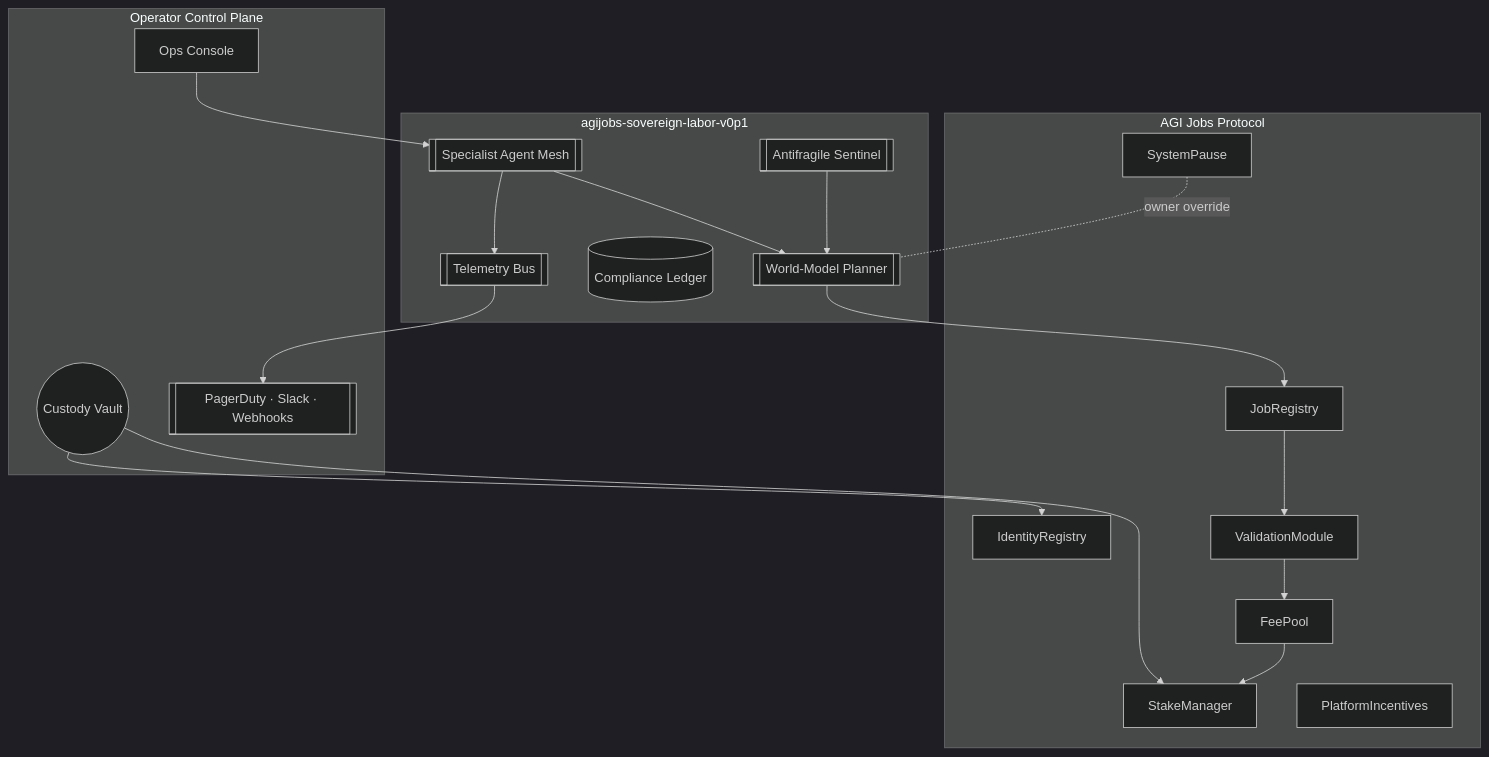
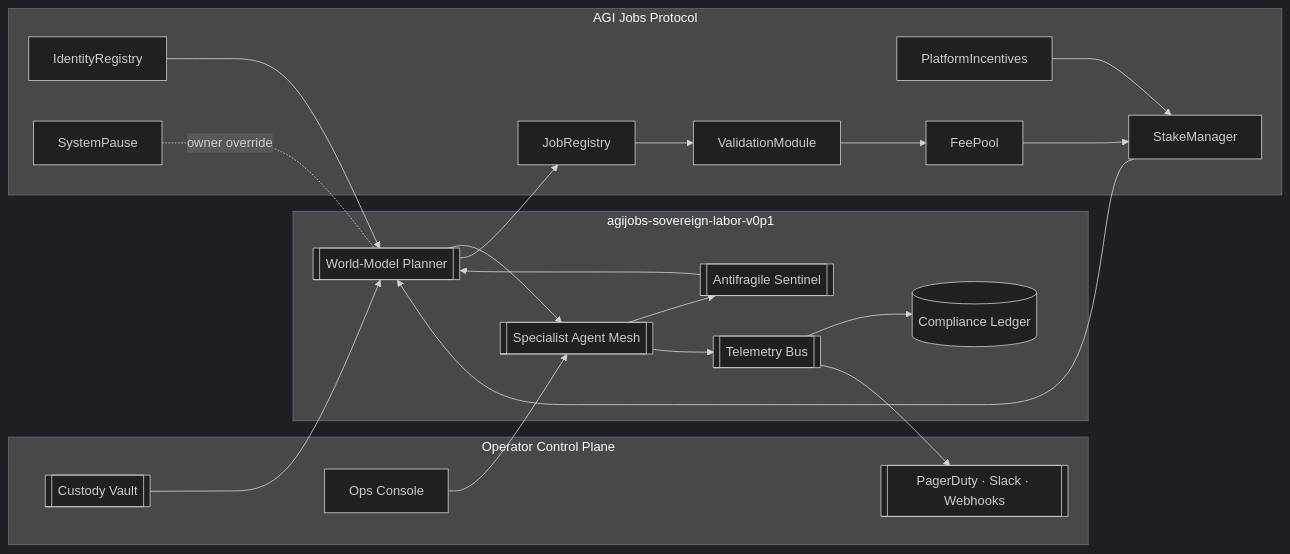
The first of 5 diagrams in README.md (MontrealAI/AGI-Alpha-Node-v0), drawn with Mermaid (dark theme) before and after one commit. The commit also changed other lines of this file and 1 other file, not shown here.

Commit message:
docs: refresh operator manifesto

````diff
--- a/README.md
+++ b/README.md
@@ -126,39 +98,43 @@
 ```mermaid
-flowchart TB
-    subgraph ControlPlane[Operator Control Plane]
-        Wallet((Custody Vault))
-        Console[Ops Console]
-        Alerts[[PagerDuty · Slack · Webhooks]]
-    end
+flowchart LR
+  subgraph OperatorEdge[Operator Control Plane]
+    Vault[[Custody Vault]]
+    Console[Ops Console]
+    Alerts[[PagerDuty · Slack · Webhooks]]
+  end
 
-    subgraph SovereignNode[agijobs-sovereign-labor-v0p1]
-        Planner[[World-Model Planner]]
-        Mesh[[Specialist Agent Mesh]]
-        Sentinel[[Antifragile Sentinel]]
-        Ledger[(Compliance Ledger)]
-        Telemetry[[Telemetry Bus]]
-    end
+  subgraph SovereignNode[agijobs-sovereign-labor-v0p1]
+    Planner[[World-Model Planner]]
+    Mesh[[Specialist Agent Mesh]]
+    Sentinel[[Antifragile Sentinel]]
+    Ledger[(Compliance Ledger)]
+    Telemetry[[Telemetry Bus]]
+  end
 
-    subgraph ProtocolCore[AGI Jobs Protocol]
-        IdentityRegistry
-        StakeManager
-        PlatformIncentives
-        JobRegistry
-        ValidationModule
-        FeePool
-        SystemPause
-    end
+  subgraph ProtocolCore[AGI Jobs Protocol]
+    IdentityRegistry
+    StakeManager
+    PlatformIncentives
+    JobRegistry
+    ValidationModule
+    FeePool
+    SystemPause
+  end
 
-    Wallet --> IdentityRegistry
-    Wallet --> StakeManager
-    Console --> Mesh
-    Mesh --> Planner
-    Planner --> JobRegistry
-    JobRegistry --> ValidationModule
-    ValidationModule --> FeePool
-    FeePool --> StakeManager
-    Mesh --> Telemetry
-    Telemetry --> Alerts
-    Sentinel --> Planner
-    SystemPause -. owner override .- Planner
+  Vault --> Planner
+  Console --> Mesh
+  Planner --> Mesh
+  Mesh --> Sentinel
+  Sentinel --> Planner
+  Mesh --> Telemetry
+  Telemetry --> Ledger
+  Telemetry --> Alerts
+  Planner --> JobRegistry
+  IdentityRegistry --> Planner
+  StakeManager --> Planner
+  PlatformIncentives --> StakeManager
+  JobRegistry --> ValidationModule
+  ValidationModule --> FeePool
+  FeePool --> StakeManager
+  SystemPause -. owner override .- Planner
 ```
````
